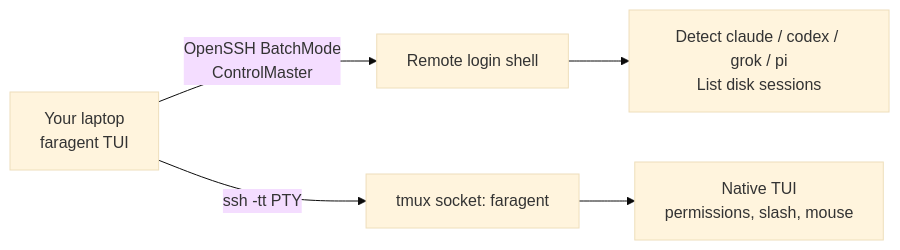
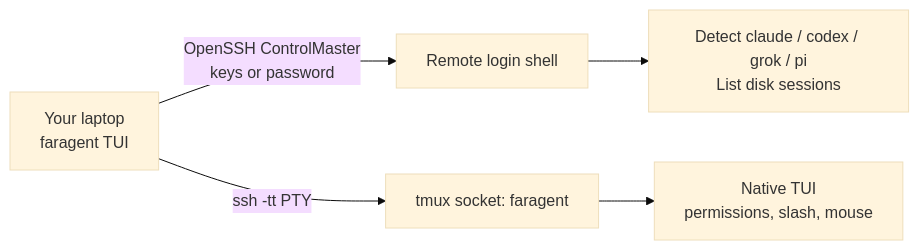
The diagram in README.md (mahingbun-dev/FarAgent), drawn with Mermaid (base theme) before and after one commit. The commit also changed other lines of this file and 22 other files, not shown here.

````diff
--- a/README.md
+++ b/README.md
@@ -46,7 +46,7 @@
 ```mermaid
 flowchart LR
-  You[Your laptop<br/>faragent TUI] -->|OpenSSH BatchMode<br/>ControlMaster| Probe[Remote login shell]
+  You[Your laptop<br/>faragent TUI] -->|OpenSSH ControlMaster<br/>keys or password| Probe[Remote login shell]
   Probe --> List[Detect claude / codex / grok / pi<br/>List disk sessions]
   You -->|ssh -tt PTY| Tmux[tmux socket: faragent]
   Tmux --> Agent[Native TUI<br/>permissions, slash, mouse]
 ```
````
